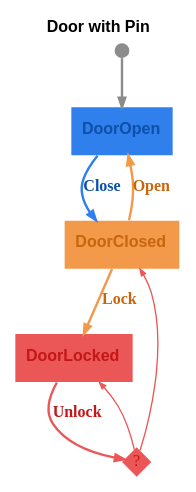
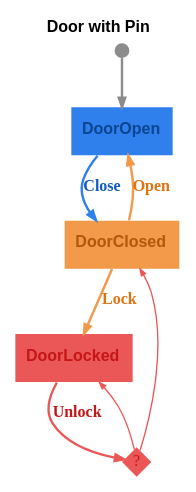
The diagram in graphs/door-with-pin.dot (m-bock/purescript-transit), drawn with Graphviz before and after one commit. The commit also changed 18 other files, not shown here.

```diff
--- a/graphs/door-with-pin.dot
+++ b/graphs/door-with-pin.dot
@@ -1,16 +1,16 @@
 digraph 
 {
-rankdir = "TD";fontname = "Arial";label = <<b>Door with Pin</b>>;labelloc = "t";fontsize = 12
-DoorOpen [shape = "box", label = <<b>DoorOpen</b>>, fontsize = 12, style = "filled", fillcolor = "#2f80ed", fontcolor = "#0e50a8", fontname = "Arial", labelloc = "c", penwidth = 0.0]
+rankdir = "TD";fontname = "Arial";label = <<b>Door with Pin</b>>;labelloc = "t";fontsize = 12;bgcolor = "#ffffff"
+DoorOpen [shape = "box", label = <<b>DoorOpen</b>>, fontsize = 12, style = "filled", fillcolor = "#2f80ed", fontcolor = "#0c4590", fontname = "Arial", labelloc = "c", penwidth = 0.0]
 __Start__ [shape = "circle", label = "", width = 0.15, height = 0.15, fixedsize = true, style = "filled", fillcolor = "#8c8c8c", penwidth = 0.0]
 __Start__ -> DoorOpen [color = "#8c8c8c", fontsize = 12, arrowsize = "0.7", penwidth = 1.8]
-DoorOpen -> DoorClosed [color = "#2f80ed", fontcolor = "#0e50a8", fontsize = 12, arrowsize = "0.7", label = <<b>Close</b>>, penwidth = 1.8]
-DoorClosed [shape = "box", label = <<b>DoorClosed</b>>, fontsize = 12, style = "filled", fillcolor = "#f2994a", fontcolor = "#c8660e", fontname = "Arial", labelloc = "c", penwidth = 0.0]
-DoorClosed -> DoorOpen [color = "#f2994a", fontcolor = "#c8660e", fontsize = 12, arrowsize = "0.7", label = <<b>Open</b>>, penwidth = 1.8]
-DoorClosed -> DoorLocked [color = "#f2994a", fontcolor = "#c8660e", fontsize = 12, arrowsize = "0.7", label = <<b>Lock</b>>, penwidth = 1.8]
+DoorOpen -> DoorClosed [color = "#2f80ed", fontcolor = "#115bbf", fontsize = 12, arrowsize = "0.7", label = <<b>Close</b>>, penwidth = 1.8]
+DoorClosed [shape = "box", label = <<b>DoorClosed</b>>, fontsize = 12, style = "filled", fillcolor = "#f2994a", fontcolor = "#b0590d", fontname = "Arial", labelloc = "c", penwidth = 0.0]
+DoorClosed -> DoorOpen [color = "#f2994a", fontcolor = "#e07210", fontsize = 12, arrowsize = "0.7", label = <<b>Open</b>>, penwidth = 1.8]
+DoorClosed -> DoorLocked [color = "#f2994a", fontcolor = "#e07210", fontsize = 12, arrowsize = "0.7", label = <<b>Lock</b>>, penwidth = 1.8]
 DoorLocked [shape = "box", label = <<b>DoorLocked</b>>, fontsize = 12, style = "filled", fillcolor = "#eb5757", fontcolor = "#c41717", fontname = "Arial", labelloc = "c", penwidth = 0.0]
 decision_DoorLocked_Unlock [shape = "diamond", label = "?", fontsize = 12, fontcolor = "#c41717", style = "filled", fillcolor = "#eb5757", penwidth = 0.0, fixedsize = true, width = 0.3, height = 0.3]
 DoorLocked -> decision_DoorLocked_Unlock [color = "#eb5757", fontcolor = "#c41717", fontsize = 12, arrowsize = "0.7", label = <<b>Unlock</b>>, penwidth = 1.8]
 decision_DoorLocked_Unlock -> DoorLocked [color = "#eb5757", fontcolor = "#c41717", fontsize = 10, arrowsize = "0.5", penwidth = 1.8, penwidth = 1.0]
 decision_DoorLocked_Unlock -> DoorClosed [color = "#eb5757", fontcolor = "#c41717", fontsize = 10, arrowsize = "0.5", penwidth = 1.8, penwidth = 1.0]
 }
```
